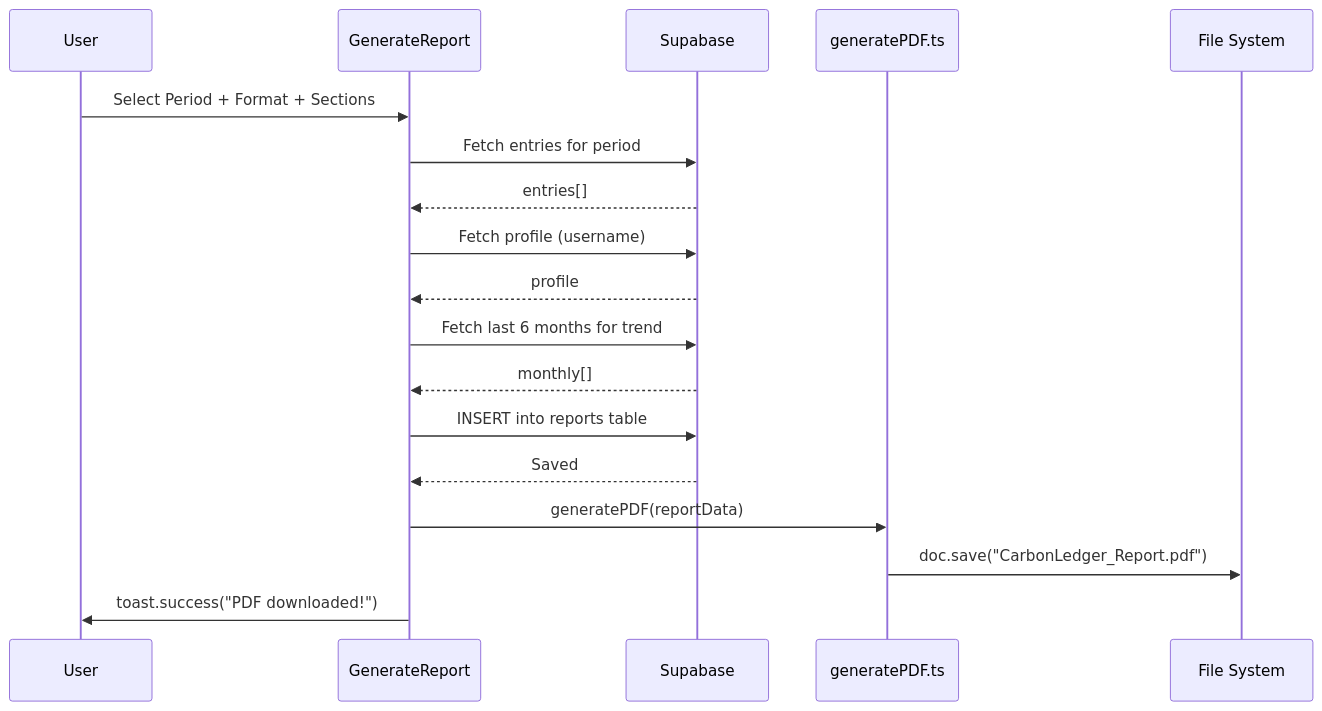
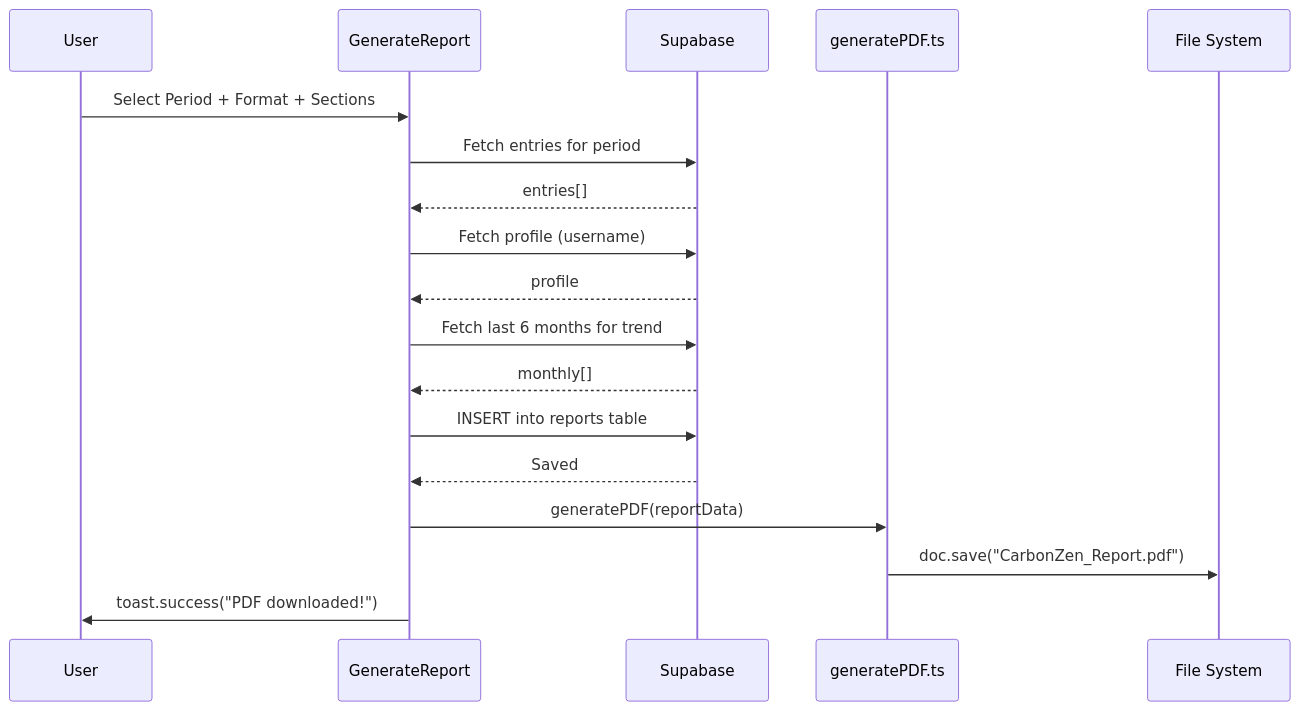
The ninth of 9 diagrams in README.md (Pawanrudupa/carbon-zen-flow), drawn with Mermaid before and after one commit. The commit also changed other lines of this file and 17 other files, not shown here.

Commit message:
refactor(branding-polish): unify CarbonZen identity, standardize currency to USD, add Playwright smoke suite, and update docs

````diff
--- a/README.md
+++ b/README.md
@@ -870,21 +868,21 @@
 ```mermaid
 sequenceDiagram
     participant U as User
     participant GR as GenerateReport
     participant SB as Supabase
     participant PDF as generatePDF.ts
     participant FS as File System
 
     U->>GR: Select Period + Format + Sections
     GR->>SB: Fetch entries for period
     SB-->>GR: entries[]
     GR->>SB: Fetch profile (username)
     SB-->>GR: profile
     GR->>SB: Fetch last 6 months for trend
     SB-->>GR: monthly[]
     GR->>SB: INSERT into reports table
     SB-->>GR: Saved
     GR->>PDF: generatePDF(reportData)
-    PDF->>FS: doc.save("CarbonLedger_Report.pdf")
+    PDF->>FS: doc.save("CarbonZen_Report.pdf")
     GR->>U: toast.success("PDF downloaded!")
 ```
````
